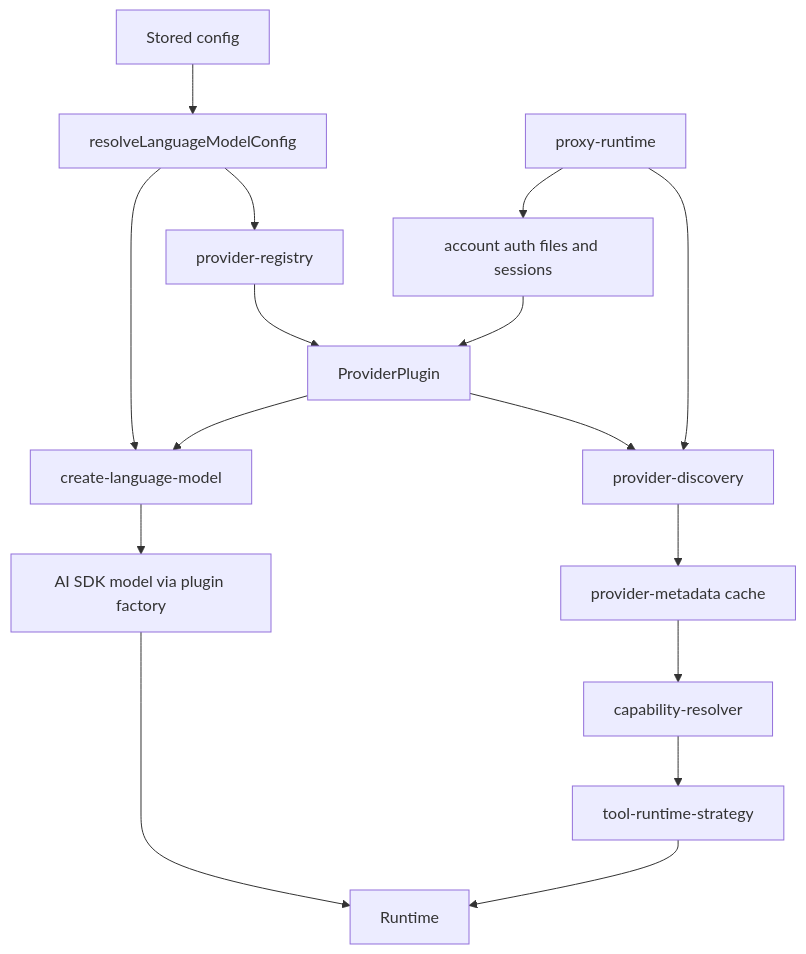
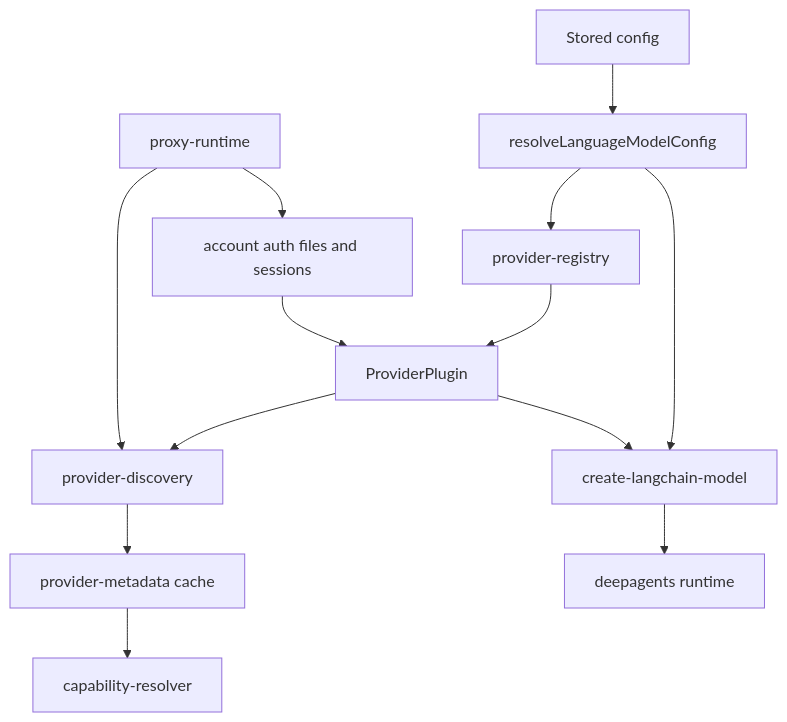
The third of 8 diagrams in architecture/current/runtime-flows.md (EtienneLescot/yagr), drawn with Mermaid before and after one commit. The commit also changed other lines of this file and 30 other files, not shown here.

````diff
--- a/architecture/current/runtime-flows.md
+++ b/architecture/current/runtime-flows.md
@@ -91,18 +81,15 @@
 ```mermaid
 flowchart TD
     CFG[Stored config] --> RES[resolveLanguageModelConfig]
     RES --> REG[provider-registry]
-    RES --> CLM[create-language-model]
+    RES --> CLM[create-langchain-model]
     REG --> PLUG[ProviderPlugin]
     PLUG --> DISC[provider-discovery]
     DISC --> META[provider-metadata cache]
     META --> CAP[capability-resolver]
     PLUG --> CLM
     PR[proxy-runtime] --> DISC
     PR --> ACC[account auth files and sessions]
     ACC --> PLUG
-    CLM --> SDK[AI SDK model via plugin factory]
-    CAP --> RTS[tool-runtime-strategy]
-    RTS --> RT[Runtime]
-    SDK --> RT[Runtime]
+    CLM --> RT[deepagents runtime]
 ```
````
